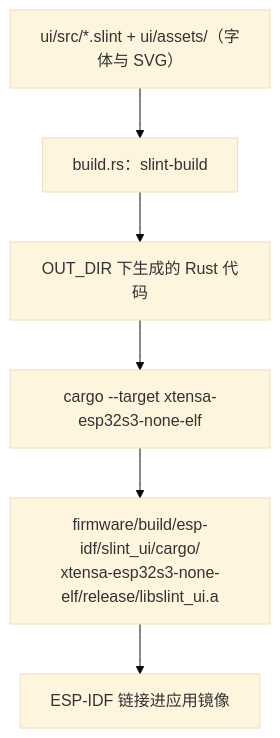
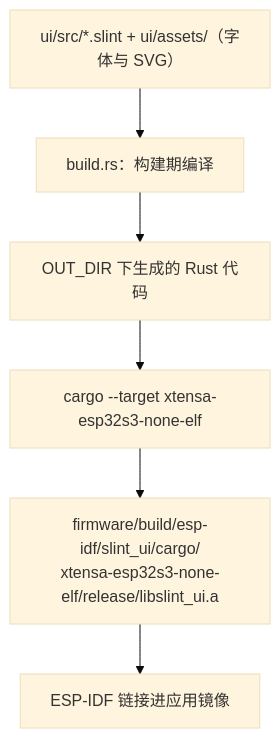
One commit to slime7/remapad changed the eighth of 9 diagrams in docs/ABSTRACTIONS.md. Above: the diagram before and after it, drawn with Mermaid (base theme). The commit also changed other lines of this file and 71 other files, not shown here.

````diff
--- a/docs/ABSTRACTIONS.md
+++ b/docs/ABSTRACTIONS.md
@@ -481,15 +483,15 @@
 ```mermaid
 flowchart TB
     Source["ui/src/*.slint + ui/assets/（字体与 SVG）"]
-    Build["build.rs：slint-build"]
+    Build["build.rs：构建期编译"]
     Generated["OUT_DIR 下生成的 Rust 代码"]
     Cargo["cargo --target xtensa-esp32s3-none-elf"]
     Lib["firmware/build/esp-idf/slint_ui/cargo/<br/>xtensa-esp32s3-none-elf/release/libslint_ui.a"]
     Link["ESP-IDF 链接进应用镜像"]
 
     Source --> Build
     Build --> Generated
     Generated --> Cargo
     Cargo --> Lib
     Lib --> Link
 ```
````
